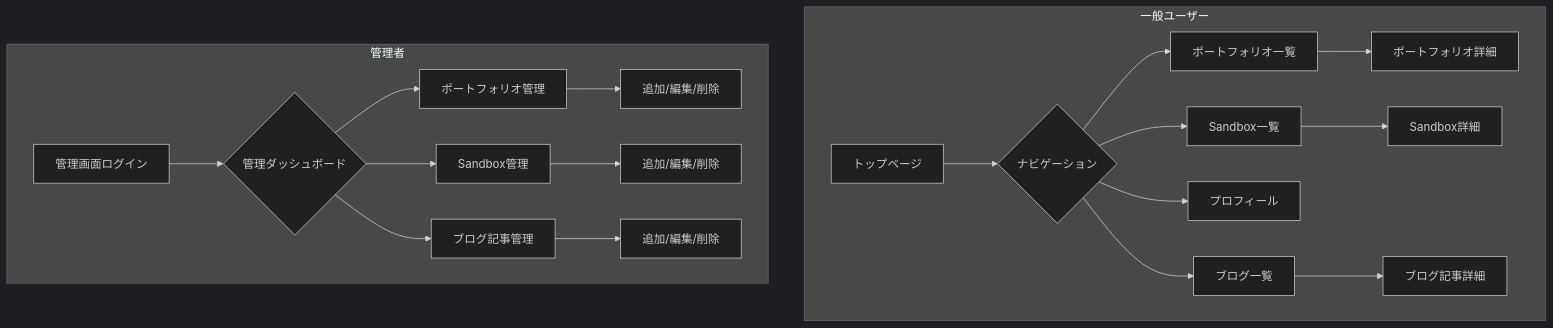
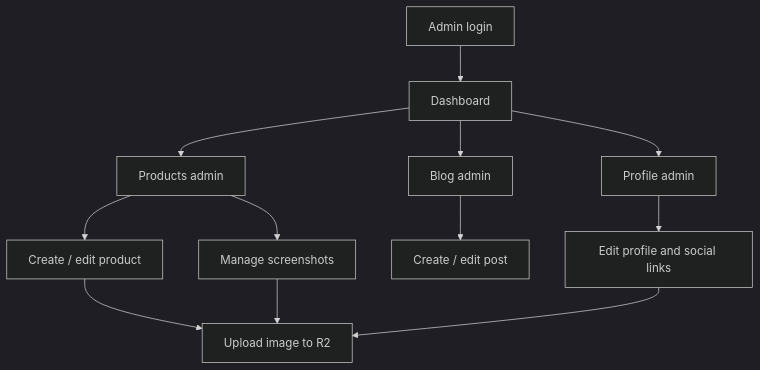
Before and after one commit to MoooonCrypto/my-blog-site: the second of 2 diagrams in docs/user_flow.md, drawn with Mermaid (dark theme). The commit also changed other lines of this file and 30 other files, not shown here.

````diff
--- a/docs/user_flow.md
+++ b/docs/user_flow.md
@@ -4,23 +19,14 @@
 ```mermaid
 graph TD
-    subgraph 一般ユーザー
-        A[トップページ] --> B{ナビゲーション};
-        B --> C[ポートフォリオ一覧];
-        C --> D[ポートフォリオ詳細];
-        B --> E[Sandbox一覧];
-        E --> F[Sandbox詳細];
-        B --> G[プロフィール];
-        B --> H[ブログ一覧];
-        H --> I[ブログ記事詳細];
-    end
-
-    subgraph 管理者
-        J[管理画面ログイン] --> K{管理ダッシュボード};
-        K --> L[ポートフォリオ管理];
-        L --> M[追加/編集/削除];
-        K --> N[Sandbox管理];
-        N --> O[追加/編集/削除];
-        K --> P[ブログ記事管理];
-        P --> Q[追加/編集/削除];
-    end
+  A[Admin login] --> B[Dashboard]
+  B --> C[Products admin]
+  B --> D[Blog admin]
+  B --> E[Profile admin]
+  C --> F[Create / edit product]
+  C --> G[Manage screenshots]
+  D --> H[Create / edit post]
+  E --> I[Edit profile and social links]
+  F --> J[Upload image to R2]
+  G --> J
+  I --> J
 ```
````
